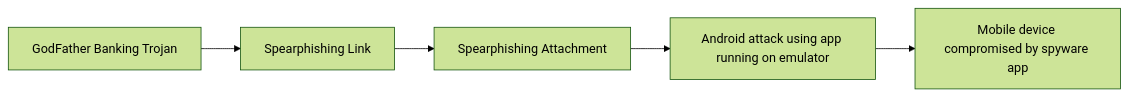
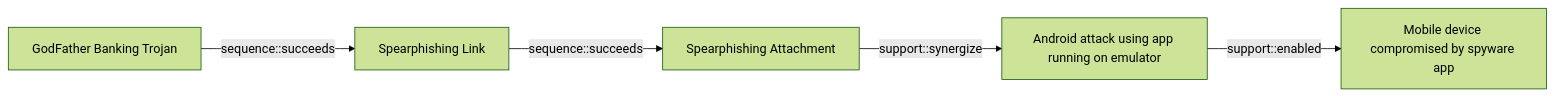
The diagram in docs/threats/godfather-banking-trojan.md (opentidehq/library), drawn with Mermaid (forest theme) before and after one commit. The commit also changed other lines of this file and 277 other files, not shown here.

````diff
--- a/docs/threats/godfather-banking-trojan.md
+++ b/docs/threats/godfather-banking-trojan.md
@@ -60,12 +99,12 @@
 ```mermaid
 flowchart LR
 46a79e6f_3df1_4332_a452_3f1fe83bdaf3["GodFather Banking Trojan"]
 1a68b5eb_0112_424d_a21f_88dda0b6b8df["Spearphishing Link"]
 dd5d942c_bac4_4000_b9a6_ca4fef6cfb84["Spearphishing Attachment"]
 4a4a7c81_ca98_4761_8f23_7ef6354e9d1c["Android attack using app running on emulator"]
 99c78650_8e19_4756_90fb_2573242577ca["Mobile device compromised by spyware app"]
-46a79e6f_3df1_4332_a452_3f1fe83bdaf3 --> 1a68b5eb_0112_424d_a21f_88dda0b6b8df
-1a68b5eb_0112_424d_a21f_88dda0b6b8df --> dd5d942c_bac4_4000_b9a6_ca4fef6cfb84
-dd5d942c_bac4_4000_b9a6_ca4fef6cfb84 --> 4a4a7c81_ca98_4761_8f23_7ef6354e9d1c
-4a4a7c81_ca98_4761_8f23_7ef6354e9d1c --> 99c78650_8e19_4756_90fb_2573242577ca
+46a79e6f_3df1_4332_a452_3f1fe83bdaf3 -->|sequence::succeeds| 1a68b5eb_0112_424d_a21f_88dda0b6b8df
+1a68b5eb_0112_424d_a21f_88dda0b6b8df -->|sequence::succeeds| dd5d942c_bac4_4000_b9a6_ca4fef6cfb84
+dd5d942c_bac4_4000_b9a6_ca4fef6cfb84 -->|support::synergize| 4a4a7c81_ca98_4761_8f23_7ef6354e9d1c
+4a4a7c81_ca98_4761_8f23_7ef6354e9d1c -->|support::enabled| 99c78650_8e19_4756_90fb_2573242577ca
 ```
````
